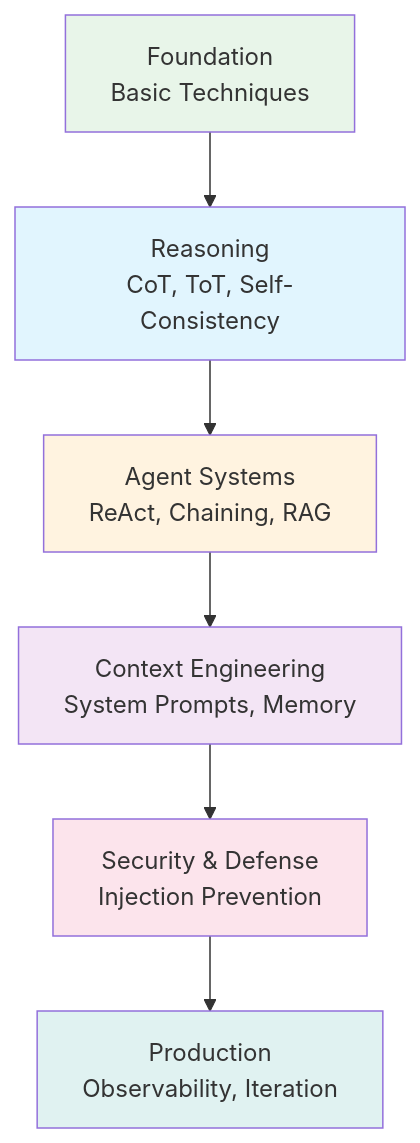
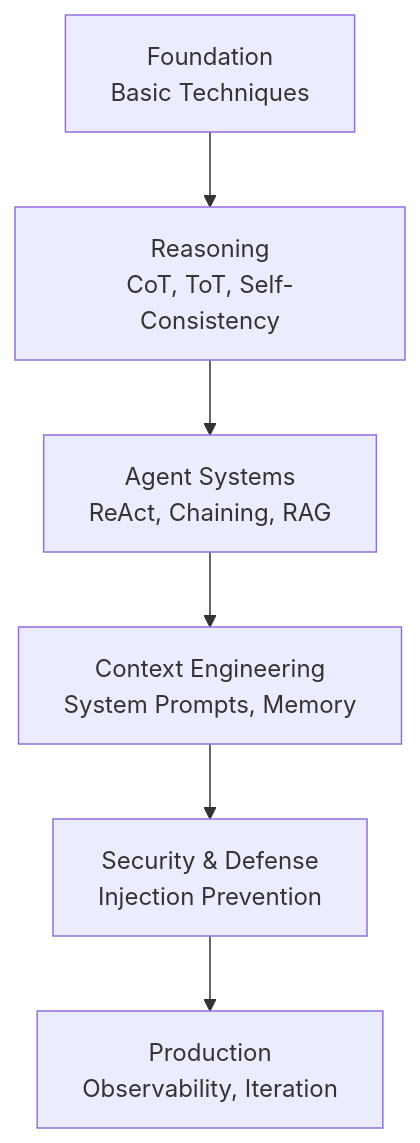
One commit to yuexiaoliang/prompt-engineering-learning changed the third of 4 diagrams in 01-introduction-en.md. Above: the diagram before and after it, drawn with Mermaid. The commit also changed other lines of this file and 9 other files, not shown here.

First line of the commit message:
fix(prompt-engineering): remove hardcoded mermaid fill styles for theme auto-adaptation

````diff
--- a/01-introduction-en.md
+++ b/01-introduction-en.md
@@ -149,15 +144,8 @@
 ```mermaid
 graph TD
     A[Foundation<br/>Basic Techniques] --> B[Reasoning<br/>CoT, ToT, Self-Consistency]
     B --> C[Agent Systems<br/>ReAct, Chaining, RAG]
     C --> D[Context Engineering<br/>System Prompts, Memory]
     D --> E[Security & Defense<br/>Injection Prevention]
     E --> F[Production<br/>Observability, Iteration]
-
-    style A fill:#e8f5e9
-    style B fill:#e1f5fe
-    style C fill:#fff3e0
-    style D fill:#f3e5f5
-    style E fill:#fce4ec
-    style F fill:#e0f2f1
 ```
````
